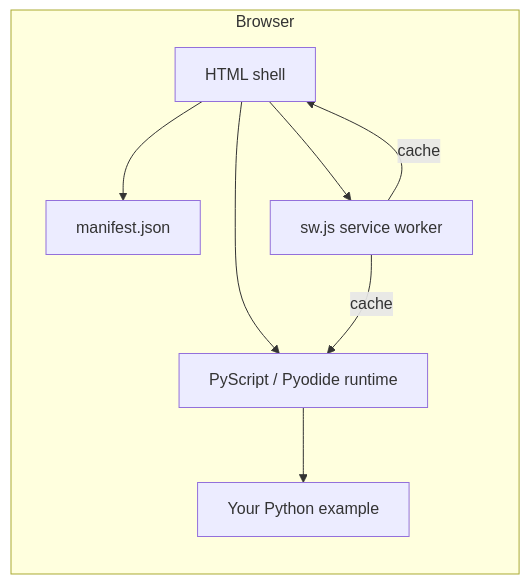
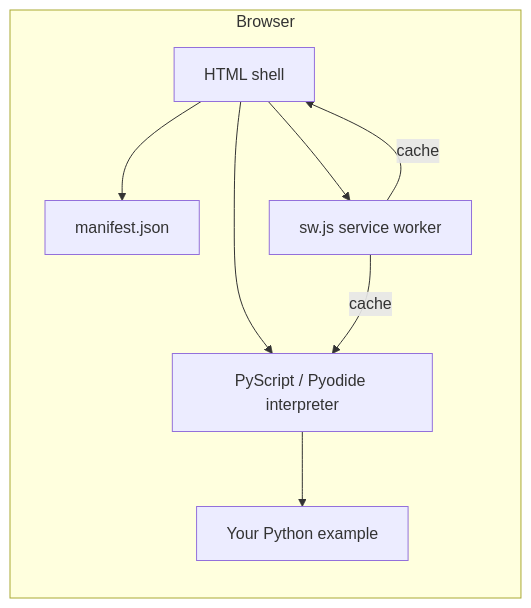
The diagram in docs/pwa-guide.md (PyDevices/pydevices-pyscript-template), drawn with Mermaid before and after one commit. The commit also changed other lines of this file and 1 other file, not shown here.

First line of the commit message:
Rename runtime to app/interpreter in README and PWA guide

````diff
--- a/docs/pwa-guide.md
+++ b/docs/pwa-guide.md
@@ -66,15 +66,15 @@
 ```mermaid
 flowchart LR
   subgraph browser [Browser]
     HTML[HTML shell]
     Manifest[manifest.json]
     SW[sw.js service worker]
-    PyScript[PyScript / Pyodide runtime]
+    PyScript[PyScript / Pyodide interpreter]
     App[Your Python example]
   end
   HTML --> PyScript --> App
   HTML --> Manifest
   HTML --> SW
   SW -->|cache| HTML
   SW -->|cache| PyScript
 ```
````
